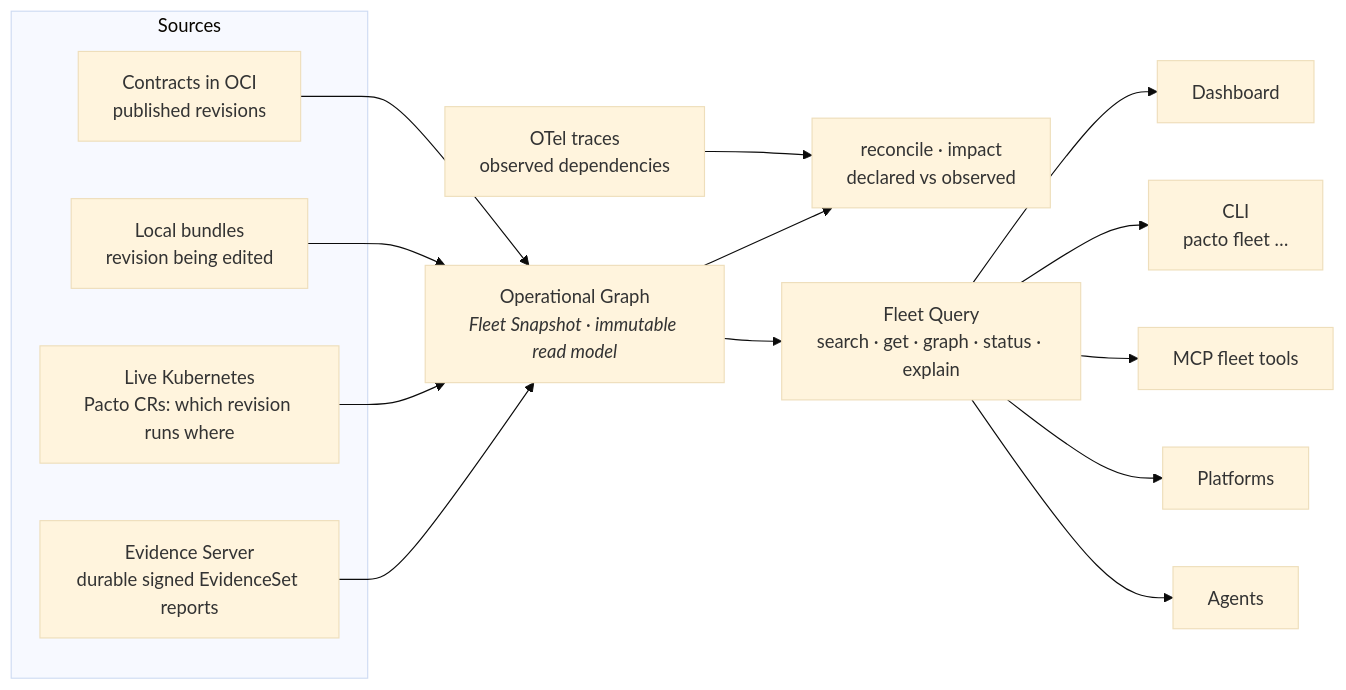
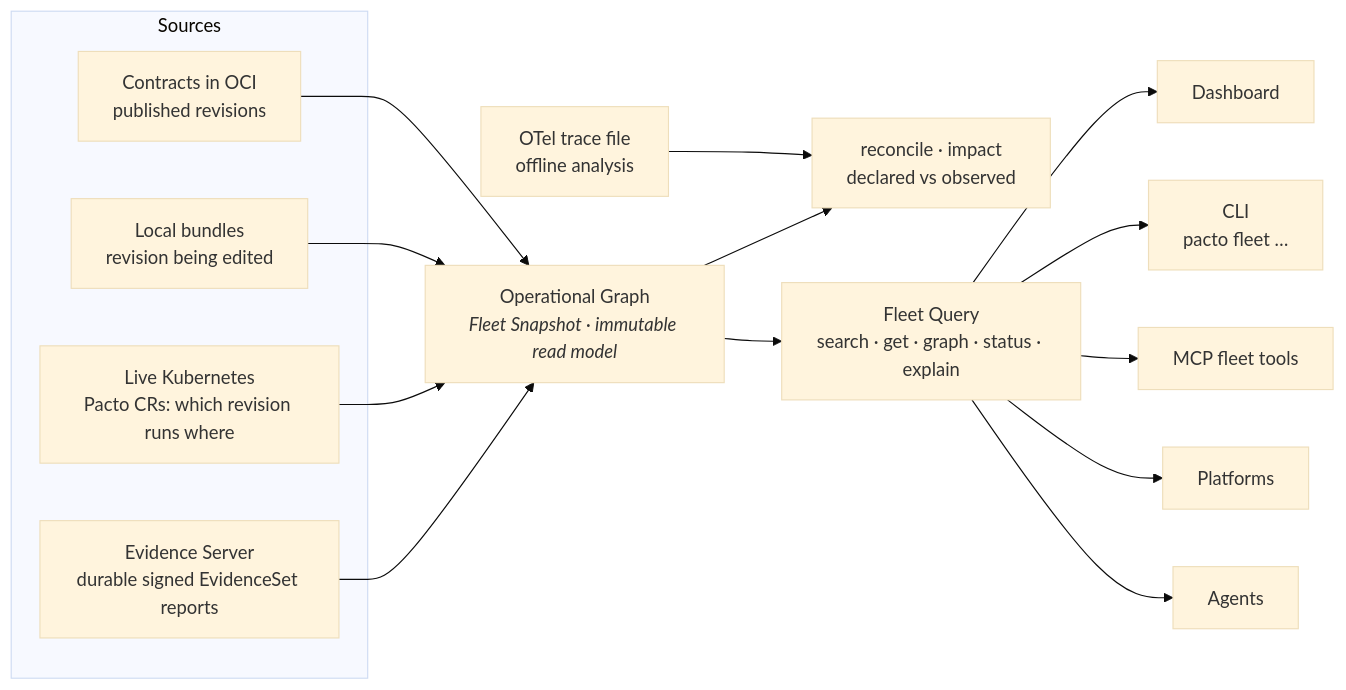
Before and after one commit to TrianaLab/pacto: the first of 2 diagrams in docs/operational-graph.md, drawn with Mermaid (base theme). The commit also changed other lines of this file and 1 other file, not shown here.

First line of the commit message:
docs+test: narrow OTel claims to offline analysis + drift guard (§9)

````diff
--- a/docs/operational-graph.md
+++ b/docs/operational-graph.md
@@ -165,23 +165,23 @@
 ```mermaid
 flowchart LR
     subgraph Sources["Sources"]
         OCI["Contracts in OCI<br/>published revisions"]
         LOCAL["Local bundles<br/>revision being edited"]
         K8S["Live Kubernetes<br/>Pacto CRs: which revision runs where"]
         EVI["Evidence Server<br/>durable signed EvidenceSet reports"]
     end
-    OTEL["OTel traces<br/>observed dependencies"]
+    OTEL["OTel trace file<br/>offline analysis"]
     OCI --> OG
     LOCAL --> OG
     K8S --> OG
     EVI --> OG
     OG["Operational Graph<br/><i>Fleet Snapshot · immutable read model</i>"]
     OTEL --> RECON["reconcile · impact<br/>declared vs observed"]
     OG --> RECON
     OG --> Q["Fleet Query<br/>search · get · graph · status · explain"]
     Q --> DASH["Dashboard"]
     Q --> CLI["CLI<br/>pacto fleet …"]
     Q --> MCP["MCP fleet tools"]
     Q --> PLAT["Platforms"]
     Q --> AGENT["Agents"]
 ```
````
